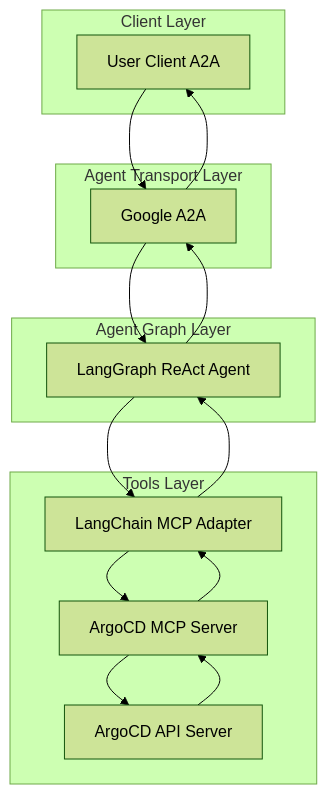
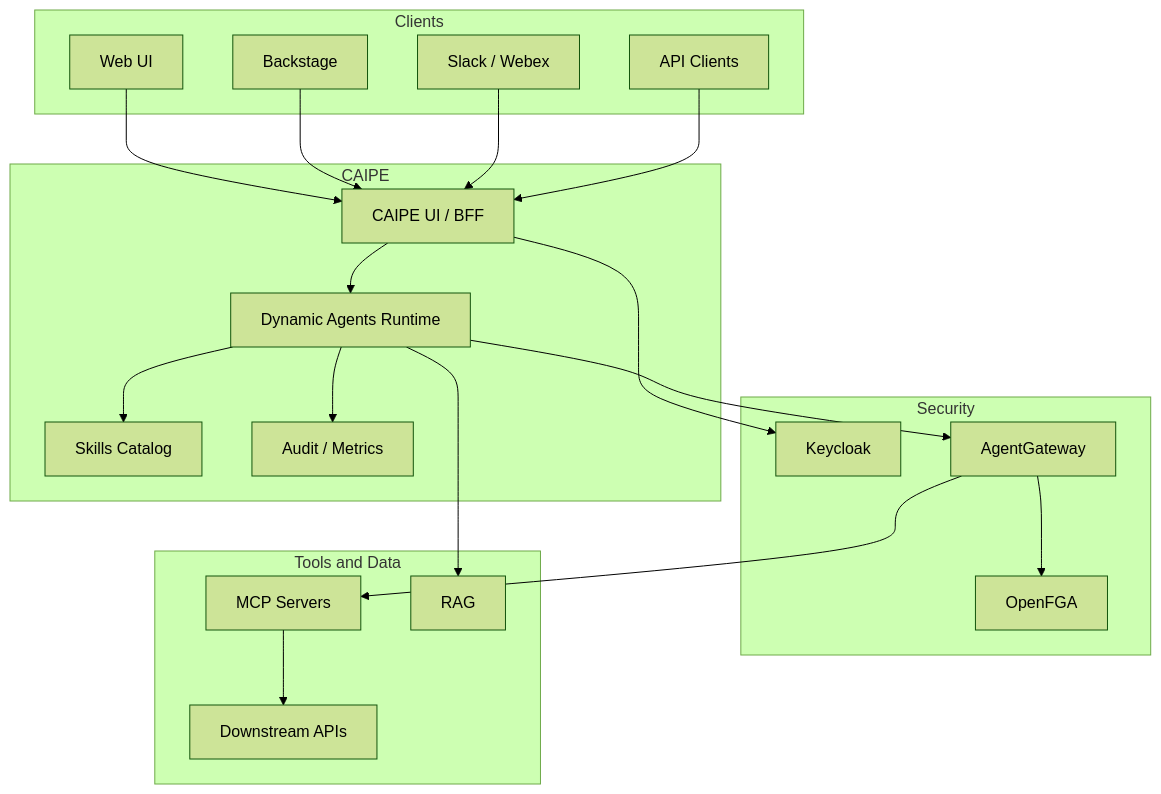
Before and after one commit to cnoe-io/ai-platform-engineering: the diagram in docs/docs/architecture/index.md, drawn with Mermaid (forest theme). The commit also changed other lines of this file and 252 other files, not shown here.

````diff
--- a/docs/docs/architecture/index.md
+++ b/docs/docs/architecture/index.md
@@ -37,20 +33,42 @@
 ```mermaid
 flowchart TD
-  subgraph Client Layer
-    A[User Client A2A]
-  end
-  subgraph Agent Transport Layer
-    B[Google A2A]
-  end
-  subgraph Agent Graph Layer
-    C[LangGraph ReAct Agent]
-  end
-  subgraph Tools Layer
-    D[LangChain MCP Adapter]
-    E[ArgoCD MCP Server]
-    F[ArgoCD API Server]
+  subgraph Clients
+    A[Web UI]
+    B[Backstage]
+    C[Slack / Webex]
+    D[API Clients]
   end
 
-  A --> B --> C --> D --> E --> F
-  F --> E --> D --> C --> B --> A
+  subgraph CAIPE
+    E[CAIPE UI / BFF]
+    F[Dynamic Agents Runtime]
+    G[Skills Catalog]
+    H[Audit / Metrics]
+  end
+
+  subgraph Security
+    I[Keycloak]
+    J[OpenFGA]
+    K[AgentGateway]
+  end
+
+  subgraph ToolsAndData["Tools and Data"]
+    L[MCP Servers]
+    M[RAG]
+    N[Downstream APIs]
+  end
+
+  A --> E
+  B --> E
+  C --> E
+  D --> E
+  E --> F
+  E --> I
+  F --> G
+  F --> K
+  K --> J
+  K --> L
+  F --> M
+  L --> N
+  F --> H
 ```
````
